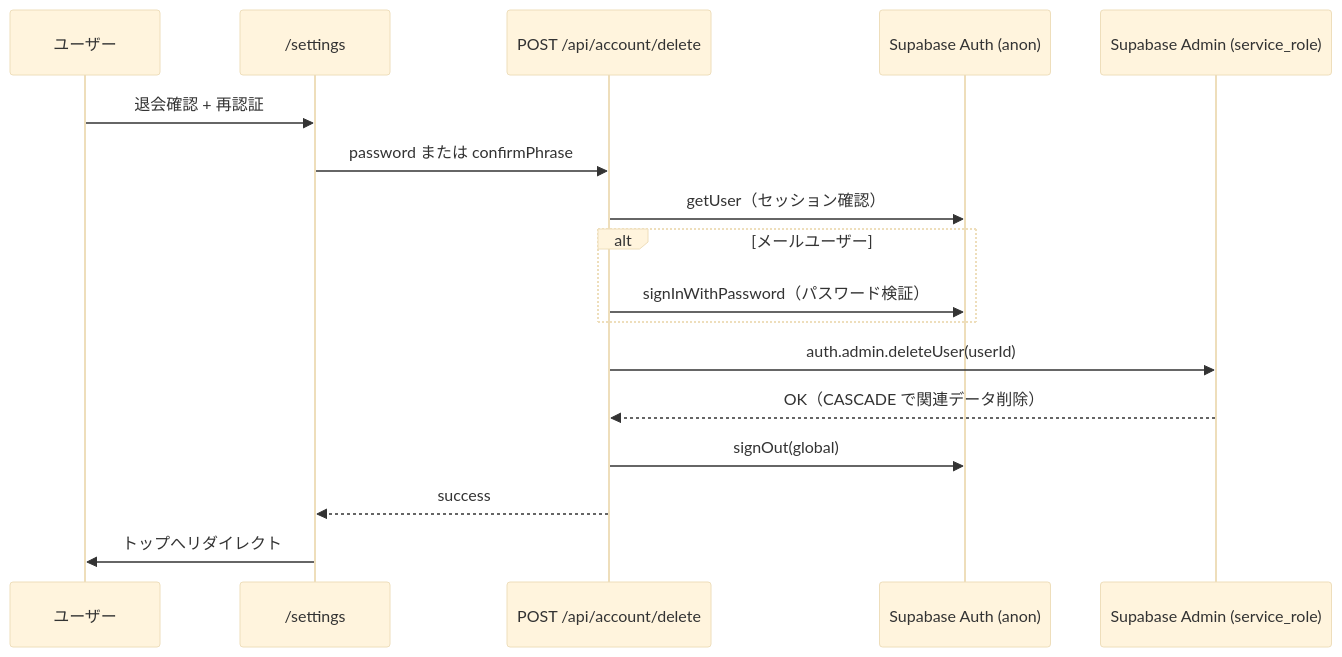
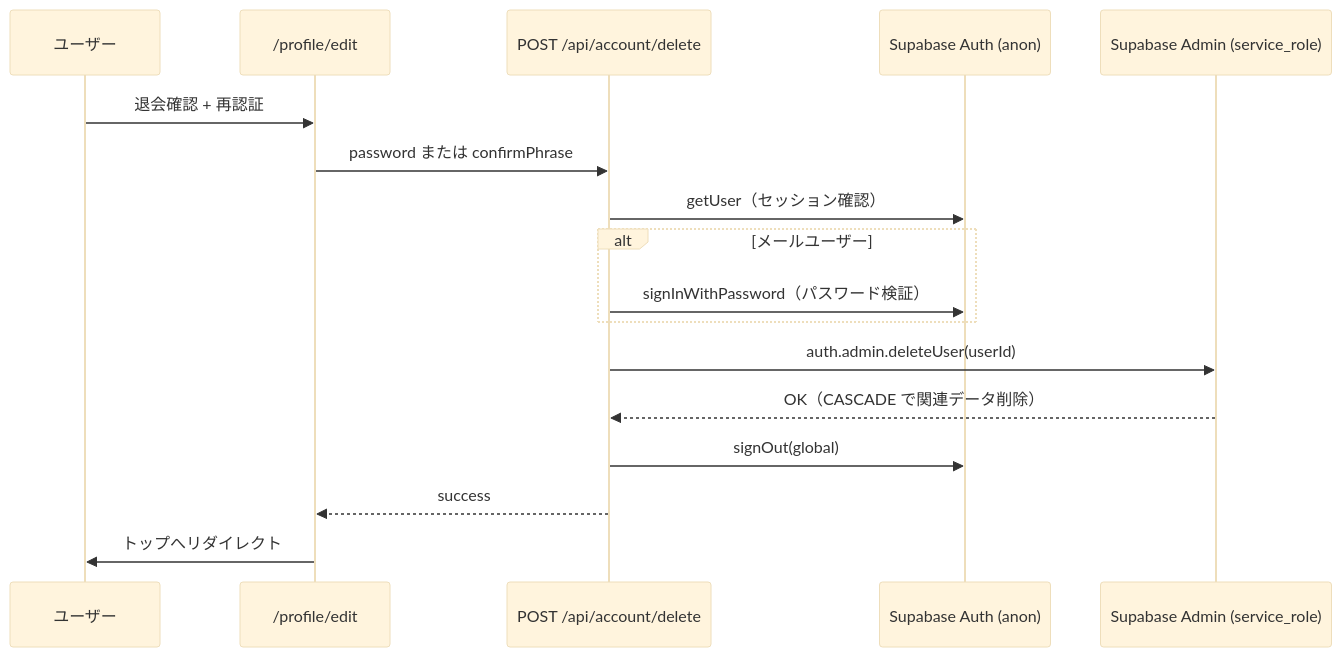
Before and after one commit to machida765/Megliminal: the diagram in 設計書/詳細設計/退会処理設計.md, drawn with Mermaid (base theme). The commit also changed other lines of this file and 18 other files, not shown here.

````diff
--- a/設計書/詳細設計/退会処理設計.md
+++ b/設計書/詳細設計/退会処理設計.md
@@ -25,20 +25,20 @@
 ```mermaid
 sequenceDiagram
   participant U as ユーザー
-  participant UI as /settings
+  participant UI as /profile/edit#delete-account
   participant API as POST /api/account/delete
   participant Auth as Supabase Auth (anon)
   participant Admin as Supabase Admin (service_role)
 
   U->>UI: 退会確認 + 再認証
   UI->>API: password または confirmPhrase
   API->>Auth: getUser（セッション確認）
   alt メールユーザー
     API->>Auth: signInWithPassword（パスワード検証）
   end
   API->>Admin: auth.admin.deleteUser(userId)
   Admin-->>API: OK（CASCADE で関連データ削除）
   API->>Auth: signOut(global)
   API-->>UI: success
   UI->>U: トップへリダイレクト
 ```
````
